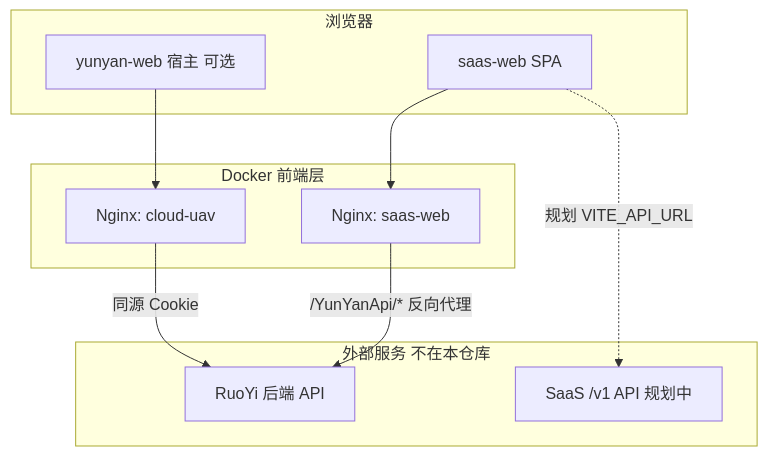
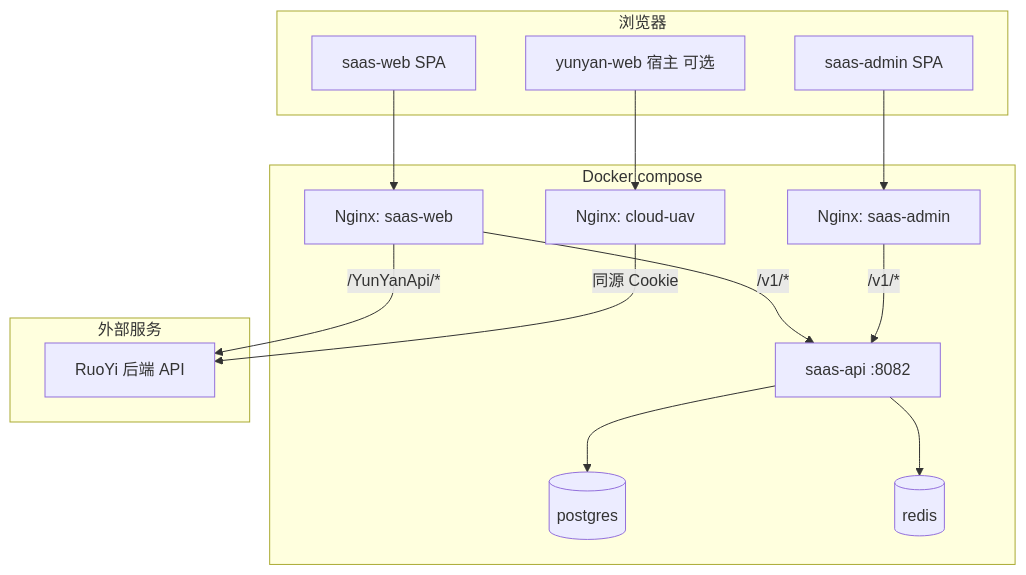
One commit to dujiaoai/map-design changed the first of 2 diagrams in docs/runbooks/docker-deployment.md. Above: the diagram before and after it, drawn with Mermaid. The commit also changed other lines of this file and 16 other files, not shown here.

````diff
--- a/docs/runbooks/docker-deployment.md
+++ b/docs/runbooks/docker-deployment.md
@@ -31,23 +32,31 @@
 ```mermaid
 flowchart TB
   subgraph browser [浏览器]
     WebSPA[saas-web SPA]
+    AdminSPA[saas-admin SPA]
     VueHost[yunyan-web 宿主 可选]
   end
 
-  subgraph docker_front [Docker 前端层]
+  subgraph docker_stack [Docker compose]
     NginxWeb[Nginx: saas-web]
+    NginxAdmin[Nginx: saas-admin]
     NginxUAV[Nginx: cloud-uav]
+    SaaSAPI[saas-api :8082]
+    PG[(postgres)]
+    Redis[(redis)]
   end
 
-  subgraph external [外部服务 不在本仓库]
+  subgraph external [外部服务]
     RuoYi[RuoYi 后端 API]
-    SaaSAPI[SaaS /v1 API 规划中]
   end
 
   WebSPA --> NginxWeb
+  AdminSPA --> NginxAdmin
   VueHost --> NginxUAV
-  NginxWeb -->|"/YunYanApi/*" 反向代理| RuoYi
-  WebSPA -.->|规划 VITE_API_URL| SaaSAPI
+  NginxWeb -->|"/v1/*"| SaaSAPI
+  NginxAdmin -->|"/v1/*"| SaaSAPI
+  NginxWeb -->|"/YunYanApi/*"| RuoYi
+  SaaSAPI --> PG
+  SaaSAPI --> Redis
   NginxUAV -->|同源 Cookie| RuoYi
 ```
````
